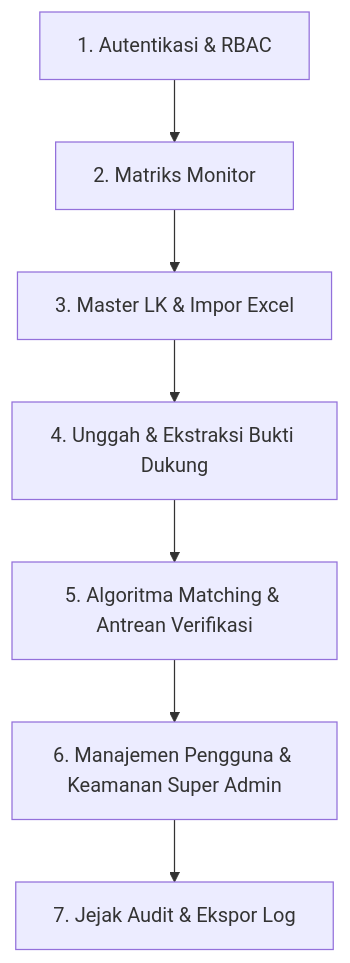
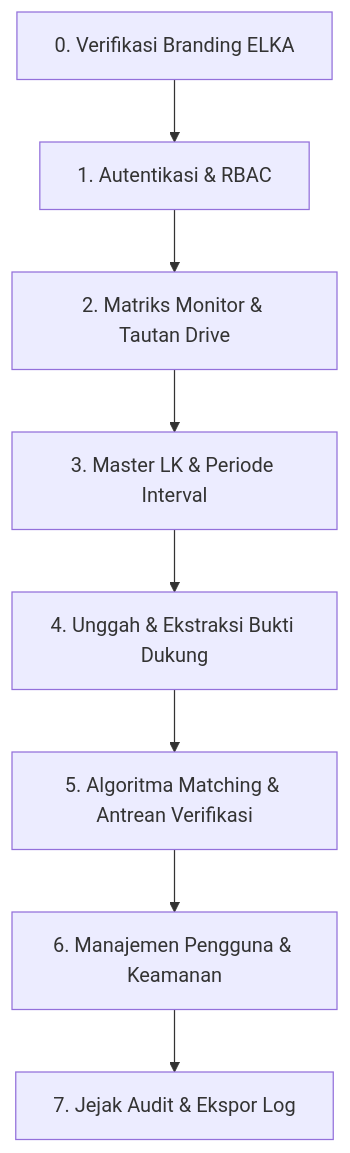
One commit to Raaamaa/websinkronisasi changed the diagram in skenario_testing.md. Above: the diagram before and after it, drawn with Mermaid. The commit also changed other lines of this file and 39 other files, not shown here.

````diff
--- a/skenario_testing.md
+++ b/skenario_testing.md
@@ -29,9 +28,10 @@
 ```mermaid
 flowchart TD
-    S1["1. Autentikasi & RBAC"] --> S2["2. Matriks Monitor"]
-    S2 --> S3["3. Master LK & Impor Excel"]
+    S0["0. Verifikasi Branding ELKA"] --> S1["1. Autentikasi & RBAC"]
+    S1 --> S2["2. Matriks Monitor & Tautan Drive"]
+    S2 --> S3["3. Master LK & Periode Interval"]
     S3 --> S4["4. Unggah & Ekstraksi Bukti Dukung"]
     S4 --> S5["5. Algoritma Matching & Antrean Verifikasi"]
-    S5 --> S6["6. Manajemen Pengguna & Keamanan Super Admin"]
+    S5 --> S6["6. Manajemen Pengguna & Keamanan"]
     S6 --> S7["7. Jejak Audit & Ekspor Log"]
 ```
````
